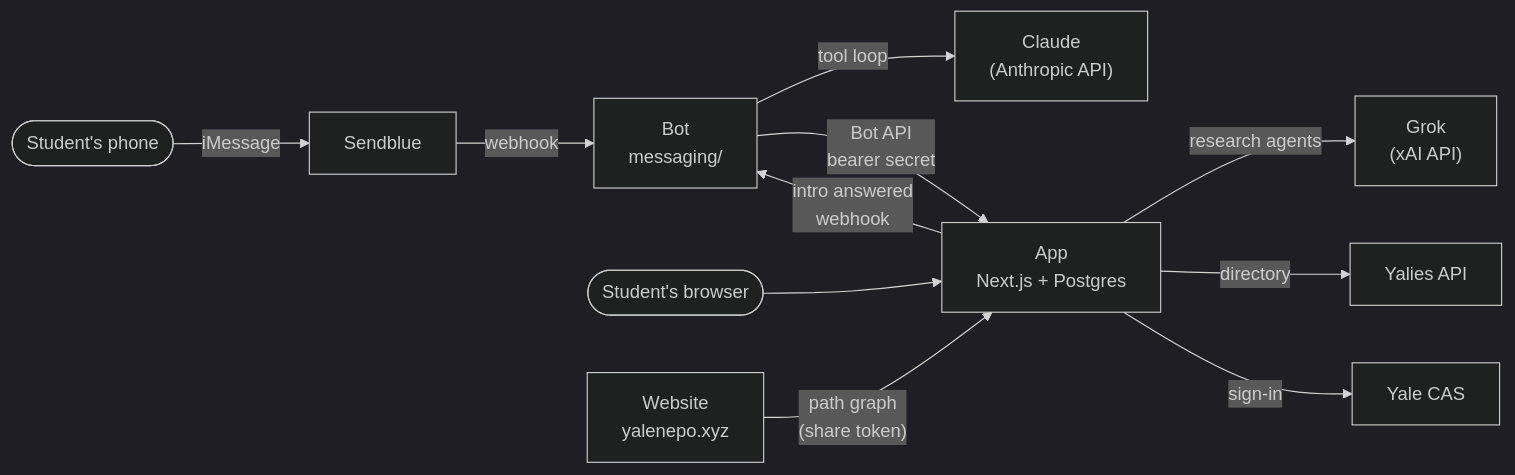
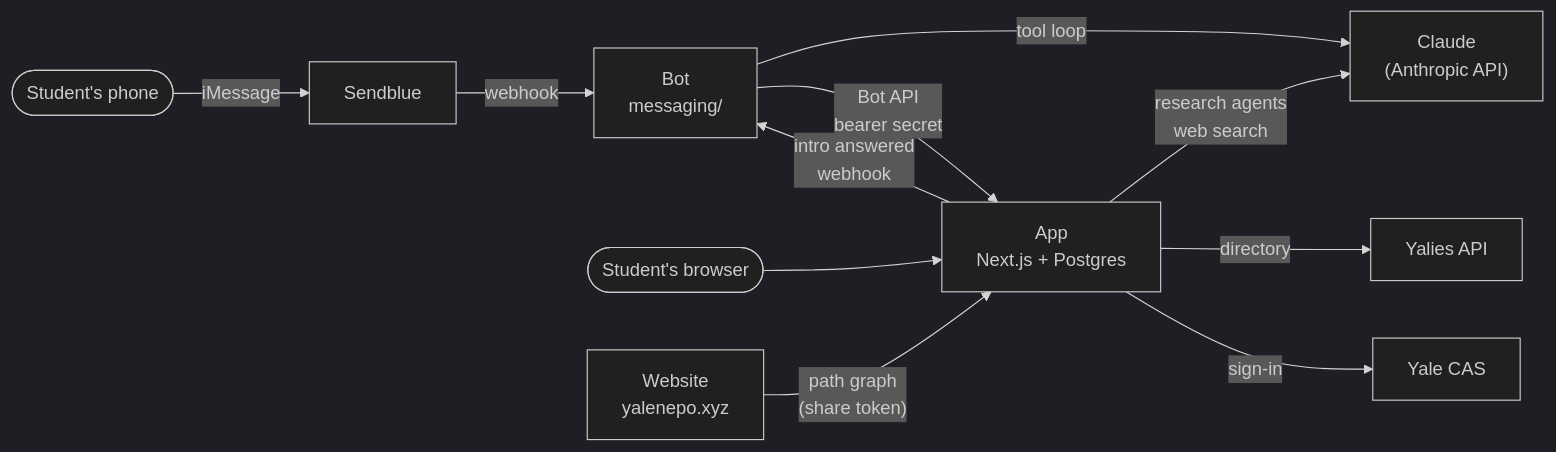
Before and after one commit to Otis-IKP/Grokathon: the first of 2 diagrams in README.md, drawn with Mermaid (dark theme). The commit also changed other lines of this file and 115 other files, not shown here.

````diff
--- a/README.md
+++ b/README.md
@@ -60,13 +63,13 @@
 ```mermaid
 flowchart LR
     student(["Student's phone"]) -- iMessage --> sendblue["Sendblue"]
     sendblue -- webhook --> bot["Bot<br/>messaging/"]
     bot -- "tool loop" --> claude["Claude<br/>(Anthropic API)"]
     bot -- "Bot API<br/>bearer secret" --> app["App<br/>Next.js + Postgres"]
     app -- "intro answered<br/>webhook" --> bot
     browser(["Student's browser"]) --> app
-    app -- "research agents" --> grok["Grok<br/>(xAI API)"]
+    app -- "research agents<br/>web search" --> claude
     app -- "directory" --> yalies["Yalies API"]
     app -- "sign-in" --> cas["Yale CAS"]
     website["Website<br/>yalenepo.xyz"] -- "path graph<br/>(share token)" --> app
 ```
````
